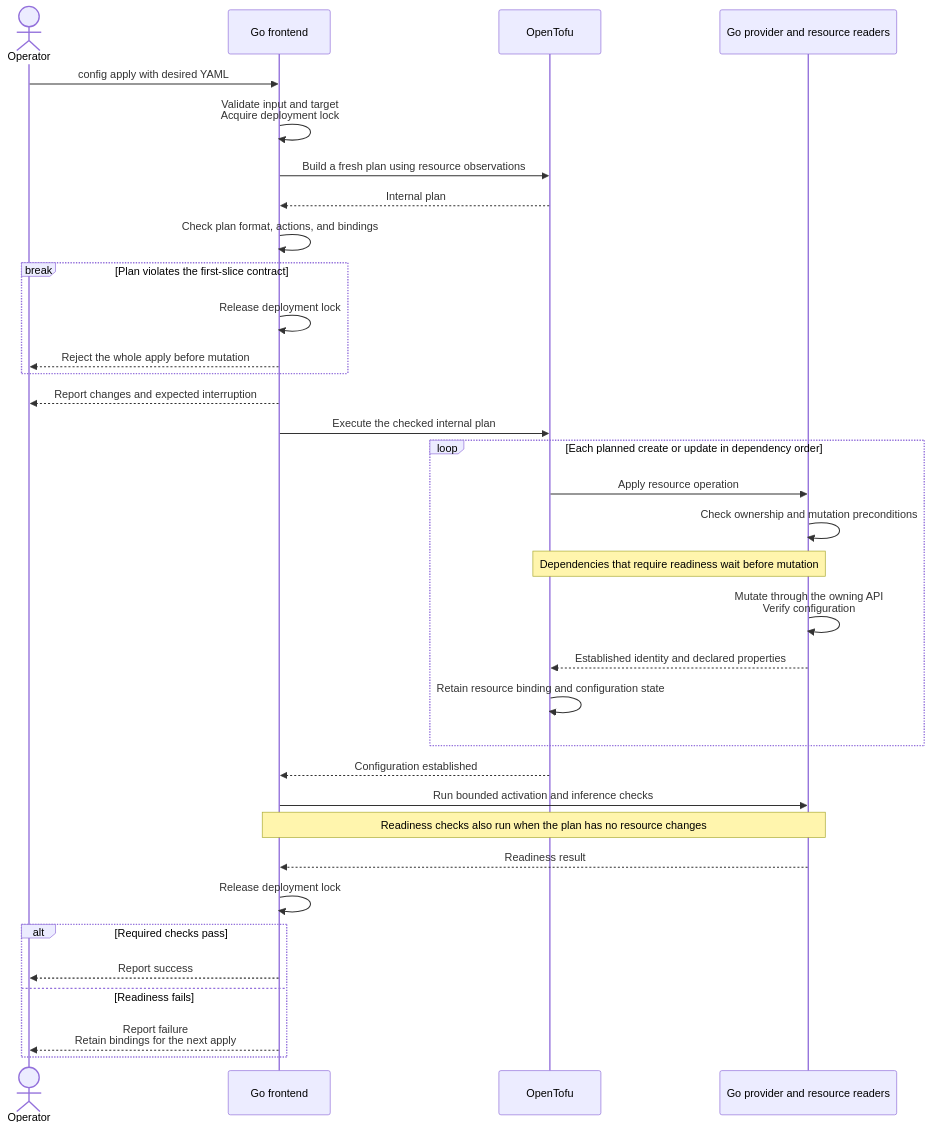
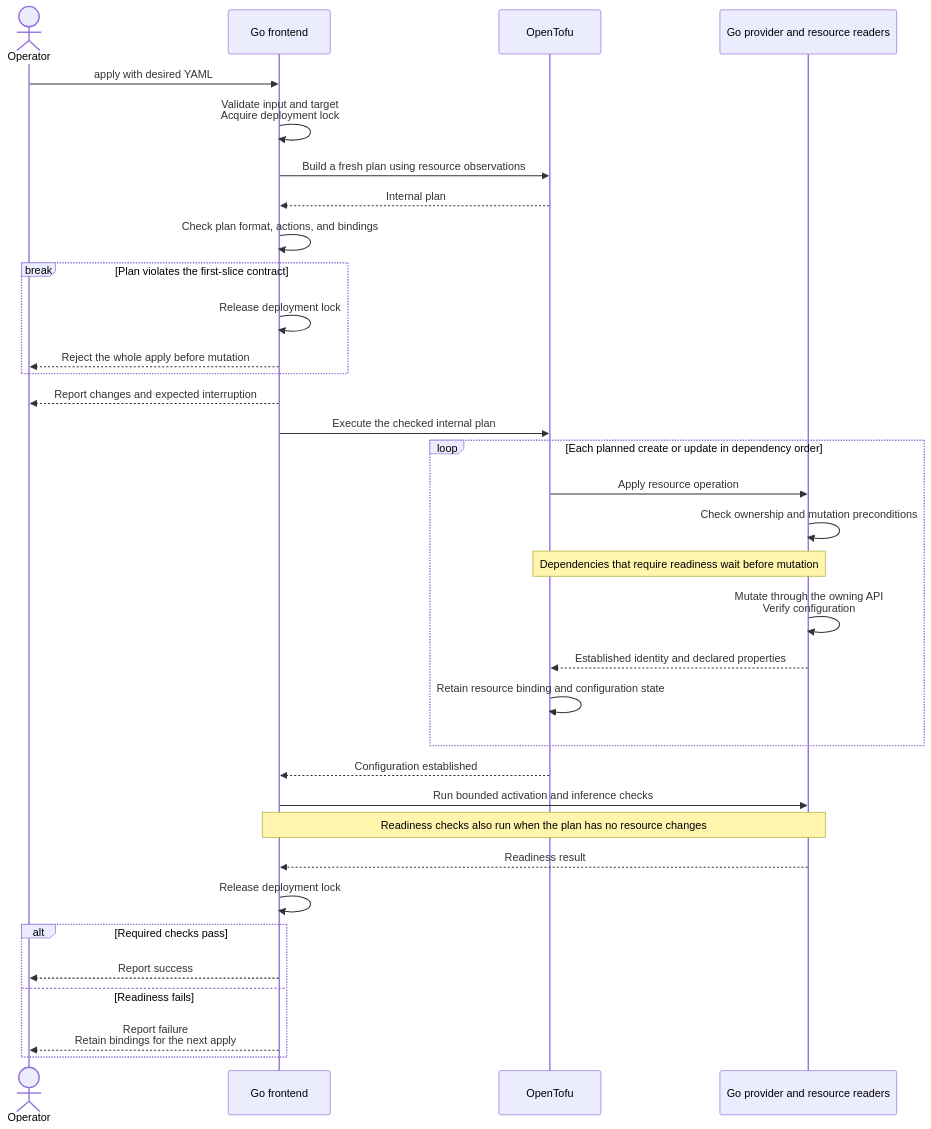
Before and after one commit to NVIDIA/NemoClaw: the second of 3 diagrams in RFC-desired-state.md, drawn with Mermaid. The commit also changed other lines of this file and 5 other files, not shown here.

First line of the commit message:
refactor: promote desired-state commands to the CLI root

````diff
--- a/RFC-desired-state.md
+++ b/RFC-desired-state.md
@@ -200,37 +200,37 @@
 ```mermaid
 sequenceDiagram
     actor Operator
     participant CLI as Go frontend
     participant Engine as OpenTofu
     participant Provider as Go provider and resource readers
 
-    Operator->>CLI: config apply with desired YAML
+    Operator->>CLI: apply with desired YAML
     CLI->>CLI: Validate input and target<br/>Acquire deployment lock
     CLI->>Engine: Build a fresh plan using resource observations
     Engine-->>CLI: Internal plan
     CLI->>CLI: Check plan format, actions, and bindings
     break Plan violates the first-slice contract
         CLI->>CLI: Release deployment lock
         CLI-->>Operator: Reject the whole apply before mutation
     end
     CLI-->>Operator: Report changes and expected interruption
     CLI->>Engine: Execute the checked internal plan
     loop Each planned create or update in dependency order
         Engine->>Provider: Apply resource operation
         Provider->>Provider: Check ownership and mutation preconditions
         Note over Engine,Provider: Dependencies that require readiness wait before mutation
         Provider->>Provider: Mutate through the owning API<br/>Verify configuration
         Provider-->>Engine: Established identity and declared properties
         Engine->>Engine: Retain resource binding and configuration state
     end
     Engine-->>CLI: Configuration established
     CLI->>Provider: Run bounded activation and inference checks
     Note over CLI,Provider: Readiness checks also run when the plan has no resource changes
     Provider-->>CLI: Readiness result
     CLI->>CLI: Release deployment lock
     alt Required checks pass
         CLI-->>Operator: Report success
     else Readiness fails
         CLI-->>Operator: Report failure<br/>Retain bindings for the next apply
     end
 ```
````
